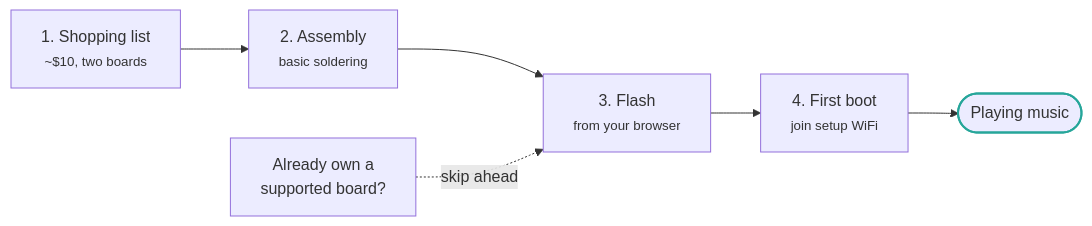
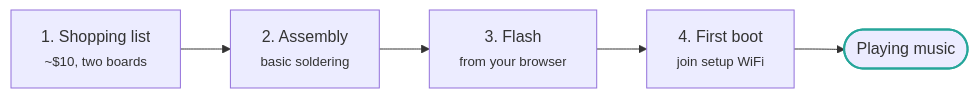
One commit to serverdevel/airplay-esp32 changed the diagram in docs/getting-started/index.md. Above: the diagram before and after it, drawn with Mermaid. The commit also changed other lines of this file and 82 other files, not shown here.

````diff
--- a/docs/getting-started/index.md
+++ b/docs/getting-started/index.md
@@ -8,15 +8,13 @@
 ```mermaid
 flowchart LR
     A["1. Shopping list<br/><small>~$10, two boards</small>"]
     B["2. Assembly<br/><small>basic soldering</small>"]
     C["3. Flash<br/><small>from your browser</small>"]
     D["4. First boot<br/><small>join setup WiFi</small>"]
     E(["Playing music"])
 
     A --> B --> C --> D --> E
 
-    OWN["Already own a<br/>supported board?"] -.->|skip ahead| C
-
     classDef done stroke:#26a69a,stroke-width:2px
     class E done
 ```
````
